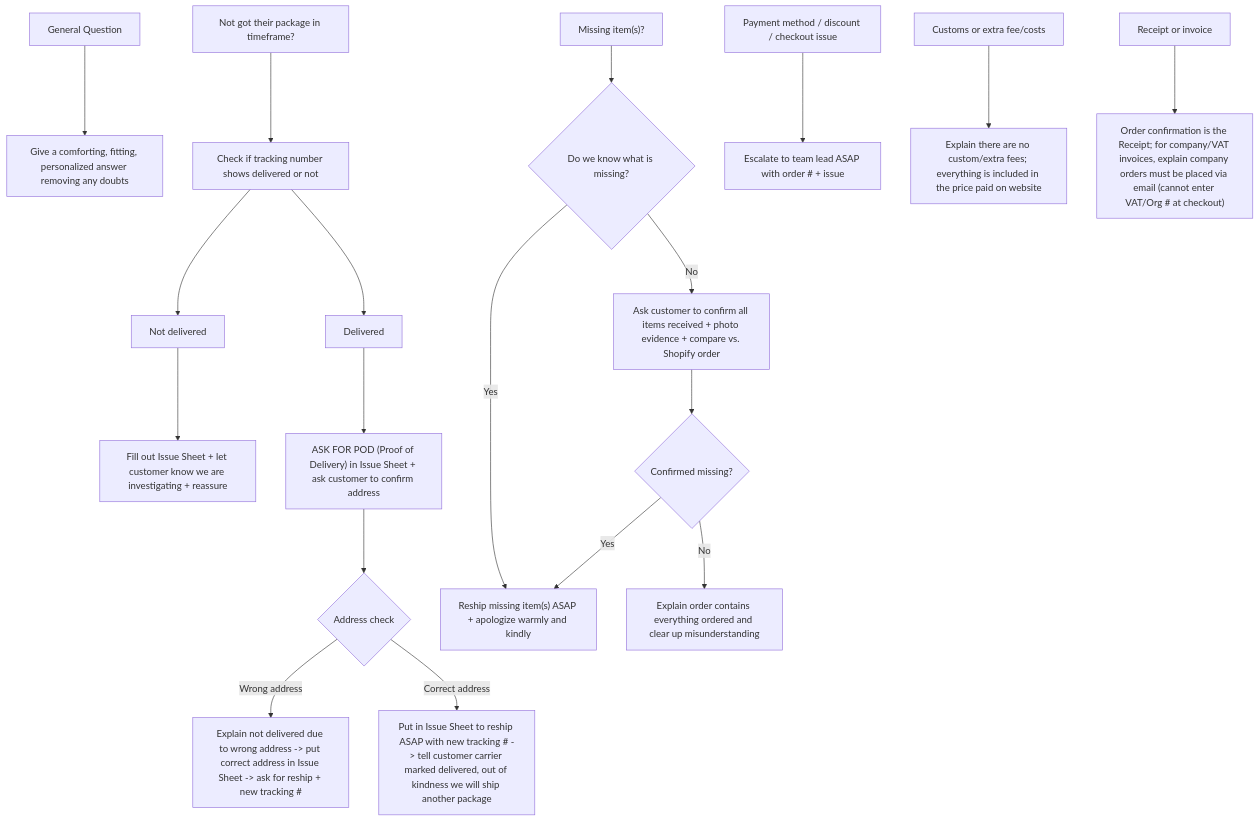
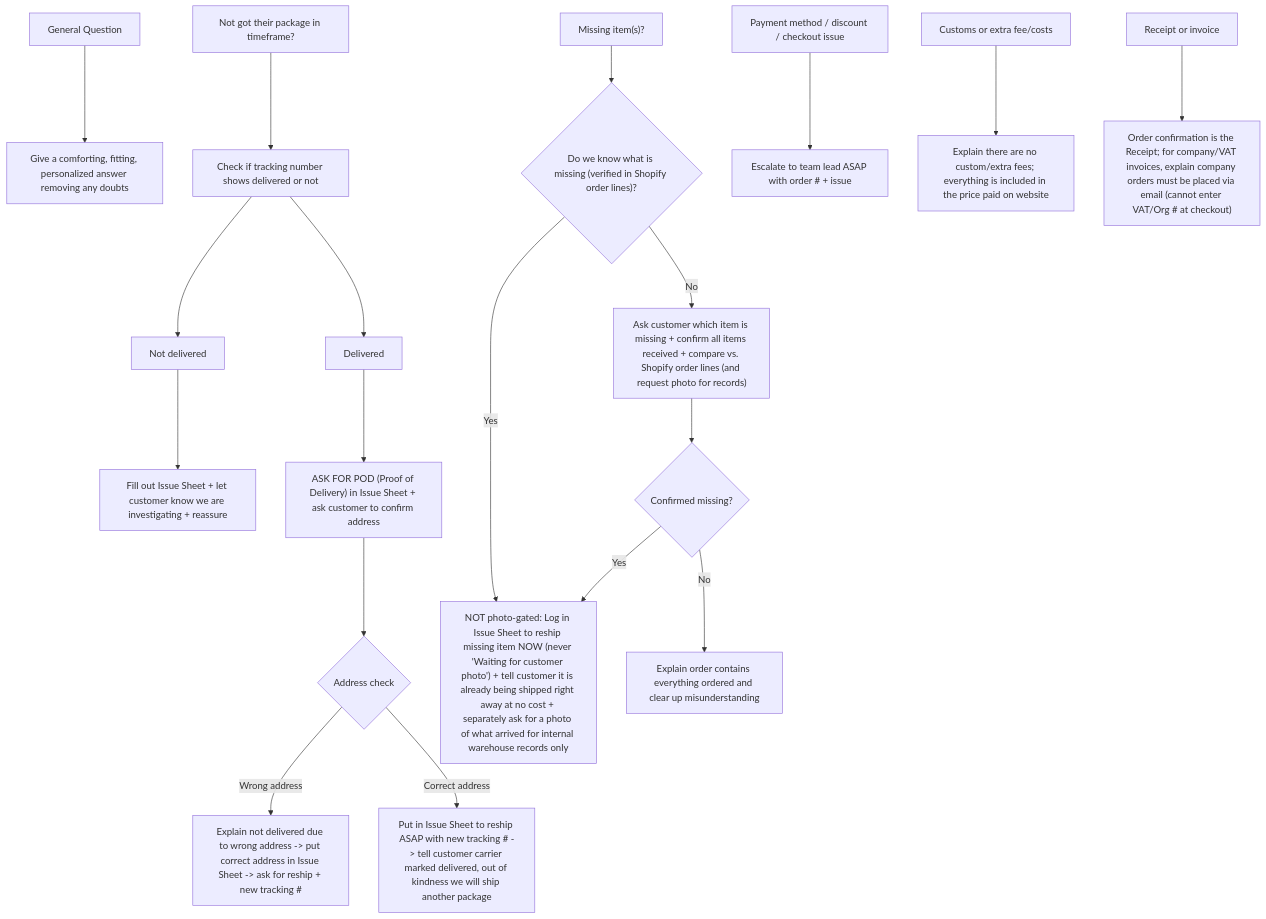
The fourth of 4 diagrams in openmausbot/acon/skills/business/sop-and-process-builder/references/case-1/README.md (HairyBlue/aorg), drawn with Mermaid before and after one commit. The commit also changed other lines of this file and 4 other files, not shown here.

````diff
--- a/openmausbot/acon/skills/business/sop-and-process-builder/references/case-1/README.md
+++ b/openmausbot/acon/skills/business/sop-and-process-builder/references/case-1/README.md
@@ -124,28 +134,28 @@
 ```mermaid
 flowchart TD
     %% General Question
     G0["General Question"] --> G1["Give a comforting, fitting, personalized answer removing any doubts"]
 
     %% Not got package in timeframe
     NP0["Not got their package in timeframe?"] --> NP1["Check if tracking number shows delivered or not"]
     NP1 --> NP2["Not delivered"]
     NP1 --> NP3["Delivered"]
     NP2 --> NP2A["Fill out Issue Sheet + let customer know we are investigating + reassure"]
     NP3 --> NP3A["ASK FOR POD (Proof of Delivery) in Issue Sheet + ask customer to confirm address"]
     NP3A --> NP4{"Address check"}
     NP4 -- "Wrong address" --> NP4W["Explain not delivered due to wrong address -> put correct address in Issue Sheet -> ask for reship + new tracking #"]
     NP4 -- "Correct address" --> NP4C["Put in Issue Sheet to reship ASAP with new tracking # -> tell customer carrier marked delivered, out of kindness we will ship another package"]
 
-    %% Missing items
-    MI0["Missing item(s)?"] --> MI1{"Do we know what is missing?"}
-    MI1 -- "Yes" --> MI1Y["Reship missing item(s) ASAP + apologize warmly and kindly"]
-    MI1 -- "No" --> MI1N["Ask customer to confirm all items received + photo evidence + compare vs. Shopify order"]
+    %% Missing items (NOT photo-gated)
+    MI0["Missing item(s)?"] --> MI1{"Do we know what is missing (verified in Shopify order lines)?"}
+    MI1 -- "Yes" --> MI1Y["NOT photo-gated: Log in Issue Sheet to reship missing item NOW (never 'Waiting for customer photo') + tell customer it is already being shipped right away at no cost + separately ask for a photo of what arrived for internal warehouse records only"]
+    MI1 -- "No" --> MI1N["Ask customer which item is missing + confirm all items received + compare vs. Shopify order lines (and request photo for records)"]
     MI1N --> MI2{"Confirmed missing?"}
     MI2 -- "Yes" --> MI1Y
     MI2 -- "No" --> MI2N["Explain order contains everything ordered and clear up misunderstanding"]
 
     %% Payment / Customs / Invoice
     PM0["Payment method / discount / checkout issue"] --> PM1["Escalate to team lead ASAP with order # + issue"]
     CU0["Customs or extra fee/costs"] --> CU1["Explain there are no custom/extra fees; everything is included in the price paid on website"]
     RI0["Receipt or invoice"] --> RI1["Order confirmation is the Receipt; for company/VAT invoices, explain company orders must be placed via email (cannot enter VAT/Org # at checkout)"]
 ```
````
